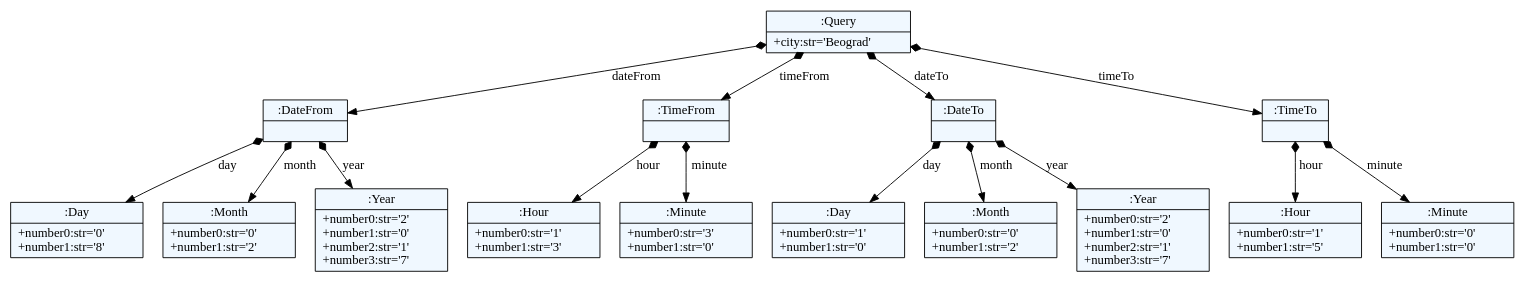
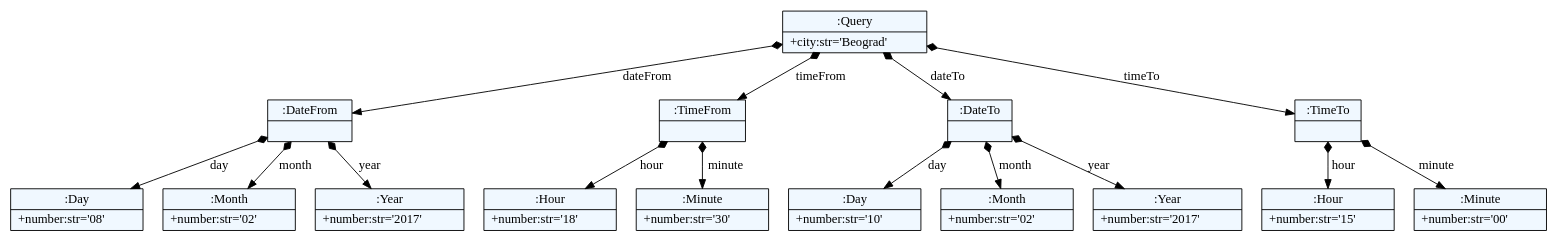
The diagram in textXGrammar/test.dot (ftnE2-tim1-2016-17/jsd), drawn with Graphviz before and after one commit. The commit also changed 9 other files, not shown here.

```diff
--- a/textXGrammar/test.dot
+++ b/textXGrammar/test.dot
@@ -1,44 +1,44 @@
 
     digraph xtext {
     fontname = "Bitstream Vera Sans"
     fontsize = 8
     node[
         shape=record,
         style=filled,
         fillcolor=aliceblue
     ]
     nodesep = 0.3
     edge[dir=black,arrowtail=empty]
 
 
-57199312 -> 57158768 [label="dateFrom" arrowtail=diamond dir=both]
-57158768 -> 57158480 [label="day" arrowtail=diamond dir=both]
-57158480[label="{:Day|+number0:str='0'\l+number1:str='8'\l}"]
-57158768 -> 57158448 [label="month" arrowtail=diamond dir=both]
-57158448[label="{:Month|+number0:str='0'\l+number1:str='2'\l}"]
-57158768 -> 57159248 [label="year" arrowtail=diamond dir=both]
-57159248[label="{:Year|+number0:str='2'\l+number1:str='0'\l+number2:str='1'\l+number3:str='7'\l}"]
-57158768[label="{:DateFrom|}"]
-57199312 -> 57158800 [label="timeFrom" arrowtail=diamond dir=both]
-57158800 -> 57159216 [label="hour" arrowtail=diamond dir=both]
-57159216[label="{:Hour|+number0:str='1'\l+number1:str='3'\l}"]
-57158800 -> 57158288 [label="minute" arrowtail=diamond dir=both]
-57158288[label="{:Minute|+number0:str='3'\l+number1:str='0'\l}"]
-57158800[label="{:TimeFrom|}"]
-57199312 -> 57157456 [label="dateTo" arrowtail=diamond dir=both]
-57157456 -> 57158256 [label="day" arrowtail=diamond dir=both]
-57158256[label="{:Day|+number0:str='1'\l+number1:str='0'\l}"]
-57157456 -> 57157072 [label="month" arrowtail=diamond dir=both]
-57157072[label="{:Month|+number0:str='0'\l+number1:str='2'\l}"]
-57157456 -> 57157040 [label="year" arrowtail=diamond dir=both]
-57157040[label="{:Year|+number0:str='2'\l+number1:str='0'\l+number2:str='1'\l+number3:str='7'\l}"]
-57157456[label="{:DateTo|}"]
-57199312 -> 57155888 [label="timeTo" arrowtail=diamond dir=both]
-57155888 -> 57158512 [label="hour" arrowtail=diamond dir=both]
-57158512[label="{:Hour|+number0:str='1'\l+number1:str='5'\l}"]
-57155888 -> 57159664 [label="minute" arrowtail=diamond dir=both]
-57159664[label="{:Minute|+number0:str='0'\l+number1:str='0'\l}"]
-57155888[label="{:TimeTo|}"]
-57199312[label="{:Query|+city:str='Beograd'\l}"]
+58640080 -> 58639088 [label="dateFrom" arrowtail=diamond dir=both]
+58639088 -> 58640400 [label="day" arrowtail=diamond dir=both]
+58640400[label="{:Day|+number:str='08'\l}"]
+58639088 -> 58640432 [label="month" arrowtail=diamond dir=both]
+58640432[label="{:Month|+number:str='02'\l}"]
+58639088 -> 58640464 [label="year" arrowtail=diamond dir=both]
+58640464[label="{:Year|+number:str='2017'\l}"]
+58639088[label="{:DateFrom|}"]
+58640080 -> 58639696 [label="timeFrom" arrowtail=diamond dir=both]
+58639696 -> 58640560 [label="hour" arrowtail=diamond dir=both]
+58640560[label="{:Hour|+number:str='18'\l}"]
+58639696 -> 58640592 [label="minute" arrowtail=diamond dir=both]
+58640592[label="{:Minute|+number:str='30'\l}"]
+58639696[label="{:TimeFrom|}"]
+58640080 -> 58638992 [label="dateTo" arrowtail=diamond dir=both]
+58638992 -> 58640656 [label="day" arrowtail=diamond dir=both]
+58640656[label="{:Day|+number:str='10'\l}"]
+58638992 -> 58640688 [label="month" arrowtail=diamond dir=both]
+58640688[label="{:Month|+number:str='02'\l}"]
+58638992 -> 58640624 [label="year" arrowtail=diamond dir=both]
+58640624[label="{:Year|+number:str='2017'\l}"]
+58638992[label="{:DateTo|}"]
+58640080 -> 58640528 [label="timeTo" arrowtail=diamond dir=both]
+58640528 -> 58640784 [label="hour" arrowtail=diamond dir=both]
+58640784[label="{:Hour|+number:str='15'\l}"]
+58640528 -> 58640816 [label="minute" arrowtail=diamond dir=both]
+58640816[label="{:Minute|+number:str='00'\l}"]
+58640528[label="{:TimeTo|}"]
+58640080[label="{:Query|+city:str='Beograd'\l}"]
 
 }
```
